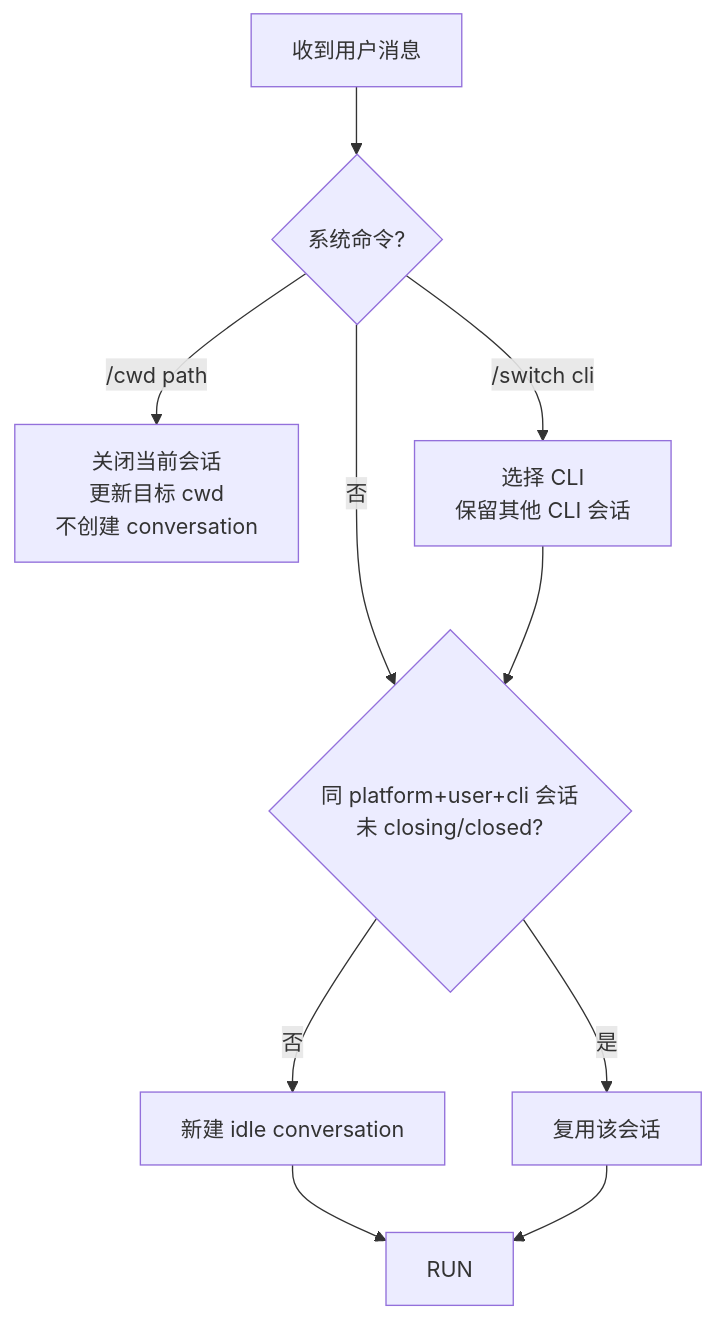
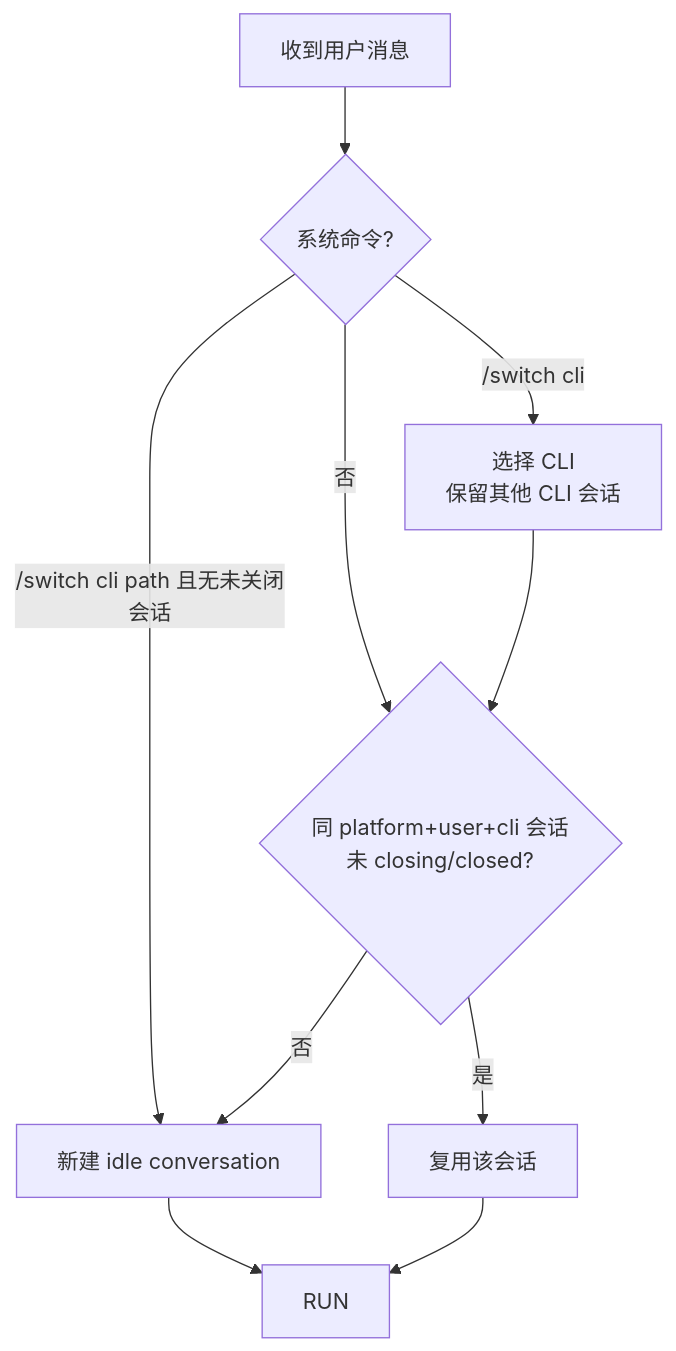
Before and after one commit to ygq-future/ai-cli-hub: the seventh of 15 diagrams in docs/02-Architecture.md, drawn with Mermaid. The commit also changed other lines of this file and 10 other files, not shown here.

````diff
--- a/docs/02-Architecture.md
+++ b/docs/02-Architecture.md
@@ -337,12 +337,12 @@
 ```mermaid
 flowchart TD
     MSG[收到用户消息] --> CMD{系统命令?}
-    CMD -->|/cwd path| CLOSESET[关闭当前会话<br/>更新目标 cwd<br/>不创建 conversation]
+    CMD -->|/switch cli path 且无未关闭会话| CREATE
     CMD -->|/switch cli| SWITCH[选择 CLI<br/>保留其他 CLI 会话]
     CMD -->|否| FIND{同 platform+user+cli 会话<br/>未 closing/closed?}
     FIND -->|是| REUSE[复用该会话]
     FIND -->|否| CREATE[新建 idle conversation]
     SWITCH --> FIND
     CREATE --> RUN
     REUSE --> RUN
 ```
````
